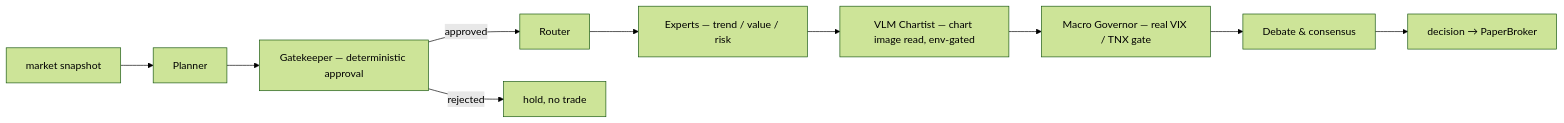
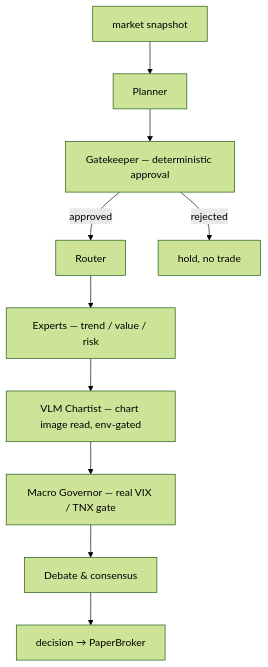
One commit to C0k11/stock-share-Helper changed the second of 4 diagrams in README.md. Above: the diagram before and after it, drawn with Mermaid (forest theme). The commit also changed other lines of this file, not shown here.

Commit message:
README: fix mermaid rendering on GitHub - agent chain and data stack

````diff
--- a/README.md
+++ b/README.md
@@ -118,12 +118,12 @@
 ```mermaid
-flowchart LR
+flowchart TB
     IN["market snapshot"] --> PLN["Planner"]
     PLN --> GTK["Gatekeeper — deterministic approval"]
     GTK -->|approved| RTR["Router"]
     GTK -->|rejected| HLD["hold, no trade"]
     RTR --> EXP["Experts — trend / value / risk"]
     EXP --> VLM["VLM Chartist — chart image read, env-gated"]
     VLM --> MAC["Macro Governor — real VIX / TNX gate"]
     MAC --> DEB["Debate & consensus"]
     DEB --> DEC["decision → PaperBroker"]
 ```
````
